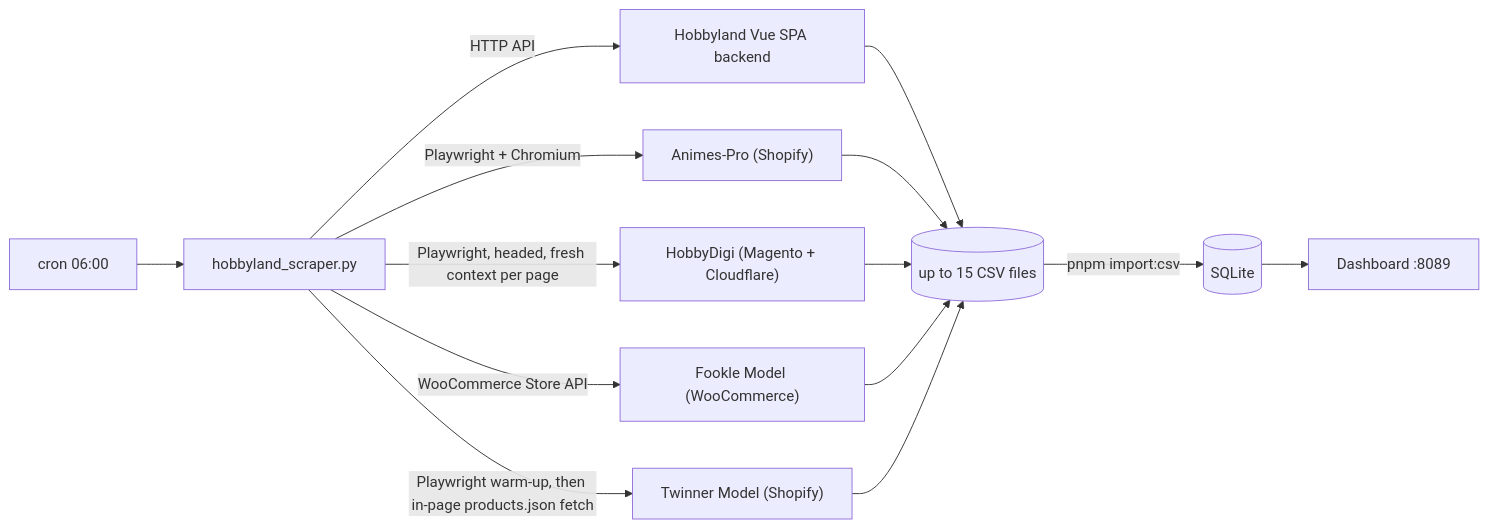
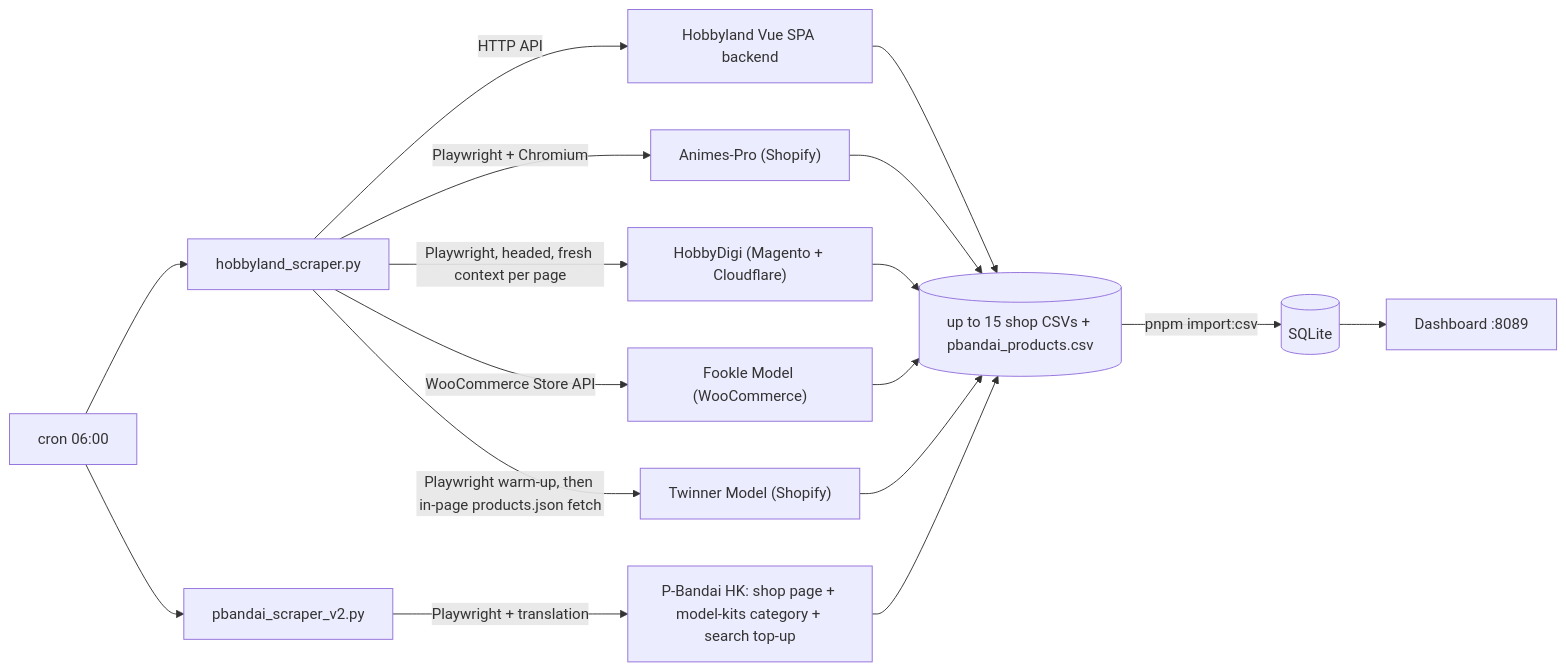
One commit to jakwong1981/hobbyland changed the third of 3 diagrams in README.md. Above: the diagram before and after it, drawn with Mermaid. The commit also changed other lines of this file and 31 other files, not shown here.

First line of the commit message:
Add the P-Bandai HK showcase page with a model-kits category scrape

````diff
--- a/README.md
+++ b/README.md
@@ -325,16 +335,19 @@
 ```mermaid
 flowchart LR
     CRON["cron 06:00"] --> SC["hobbyland_scraper.py"]
+    CRON --> PBSC["pbandai_scraper_v2.py"]
     SC -->|"HTTP API"| HL["Hobbyland Vue SPA backend"]
     SC -->|"Playwright + Chromium"| AP["Animes-Pro (Shopify)"]
     SC -->|"Playwright, headed, fresh context per page"| HD["HobbyDigi (Magento + Cloudflare)"]
     SC -->|"WooCommerce Store API"| FM["Fookle Model (WooCommerce)"]
     SC -->|"Playwright warm-up, then in-page products.json fetch"| TM["Twinner Model (Shopify)"]
-    HL --> CSV[("up to 15 CSV files")]
+    PBSC -->|"Playwright + translation"| PBA["P-Bandai HK: shop page + model-kits category + search top-up"]
+    HL --> CSV[("up to 15 shop CSVs + pbandai_products.csv")]
     AP --> CSV
     HD --> CSV
     FM --> CSV
     TM --> CSV
+    PBA --> CSV
     CSV -->|"pnpm import:csv"| DB[("SQLite")]
     DB --> UI["Dashboard :8089"]
 ```
````
